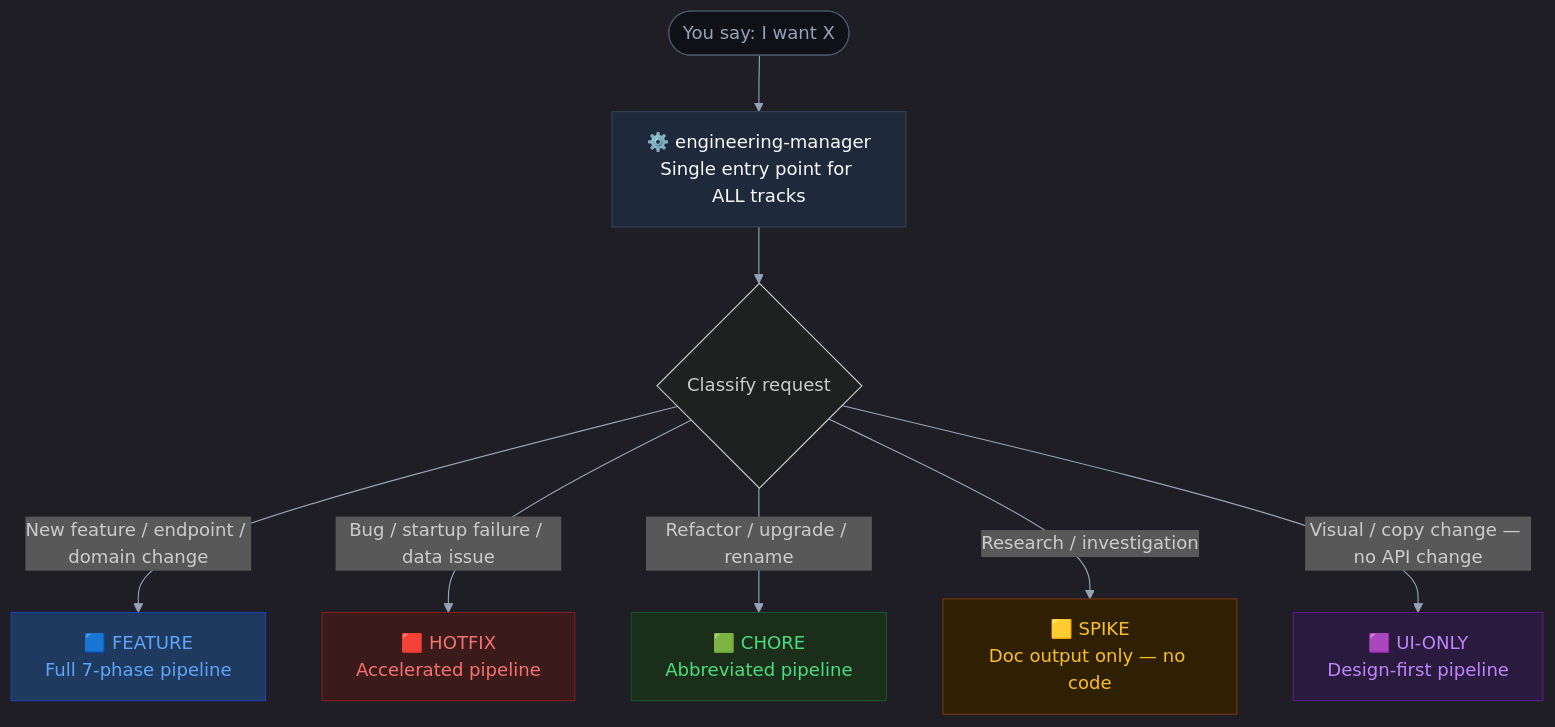
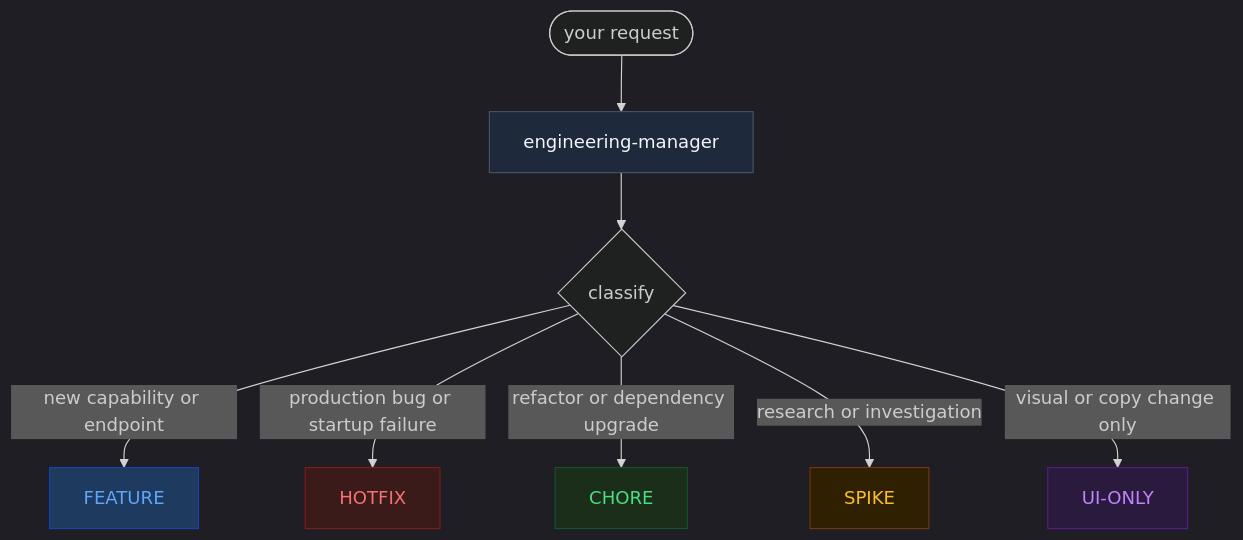
Before and after one commit to shanmuga-sundaram-n/personal-finance-tracker: the first of 7 diagrams in docs/agent-pipeline.md, drawn with Mermaid. The commit also changed other lines of this file, not shown here.

First line of the commit message:
docs: clean up Mermaid diagrams in agent-pipeline.md

````diff
--- a/docs/agent-pipeline.md
+++ b/docs/agent-pipeline.md
@@ -14,31 +14,26 @@
 ```mermaid
-%%{init: {'theme': 'dark', 'themeVariables': {'primaryColor': '#1e293b', 'primaryTextColor': '#e2e8f0', 'primaryBorderColor': '#334155', 'lineColor': '#94a3b8', 'secondaryColor': '#0f1117', 'tertiaryColor': '#1e293b'}}}%%
+%%{init: {'theme': 'dark'}}%%
 flowchart TD
-    YOU([You say: I want X]) --> EM
+    request([your request]) --> em[engineering-manager]
+    em --> classify{classify}
 
-    EM["⚙️ engineering-manager\nSingle entry point for ALL tracks"]
+    classify -->|new capability or endpoint| feature[FEATURE]
+    classify -->|production bug or startup failure| hotfix[HOTFIX]
+    classify -->|refactor or dependency upgrade| chore[CHORE]
+    classify -->|research or investigation| spike[SPIKE]
+    classify -->|visual or copy change only| ui[UI-ONLY]
 
-    EM --> C{Classify request}
-
-    C -->|New feature / endpoint / domain change| F["🟦 FEATURE\nFull 7-phase pipeline"]
-    C -->|Bug / startup failure / data issue| H["🟥 HOTFIX\nAccelerated pipeline"]
-    C -->|Refactor / upgrade / rename| CH["🟩 CHORE\nAbbreviated pipeline"]
-    C -->|Research / investigation| S["🟨 SPIKE\nDoc output only — no code"]
-    C -->|Visual / copy change — no API change| UI["🟪 UI-ONLY\nDesign-first pipeline"]
-
+    classDef em      fill:#1e293b,stroke:#475569,color:#f1f5f9
     classDef feature fill:#1e3a5f,stroke:#1e40af,color:#60a5fa
     classDef hotfix  fill:#3b1a1a,stroke:#7f1d1d,color:#f87171
     classDef chore   fill:#1a2e1a,stroke:#14532d,color:#4ade80
     classDef spike   fill:#2e2000,stroke:#78350f,color:#fbbf24
     classDef ui      fill:#2a1a3e,stroke:#581c87,color:#c084fc
-    classDef em      fill:#1e293b,stroke:#334155,color:#f8fafc
-    classDef you     fill:#0f1117,stroke:#475569,color:#94a3b8
 
-    class F feature
-    class H hotfix
-    class CH chore
-    class S spike
-    class UI ui
-    class EM em
-    class YOU you
+    class em em
+    class feature feature
+    class hotfix hotfix
+    class chore chore
+    class spike spike
+    class ui ui
 ```
````
